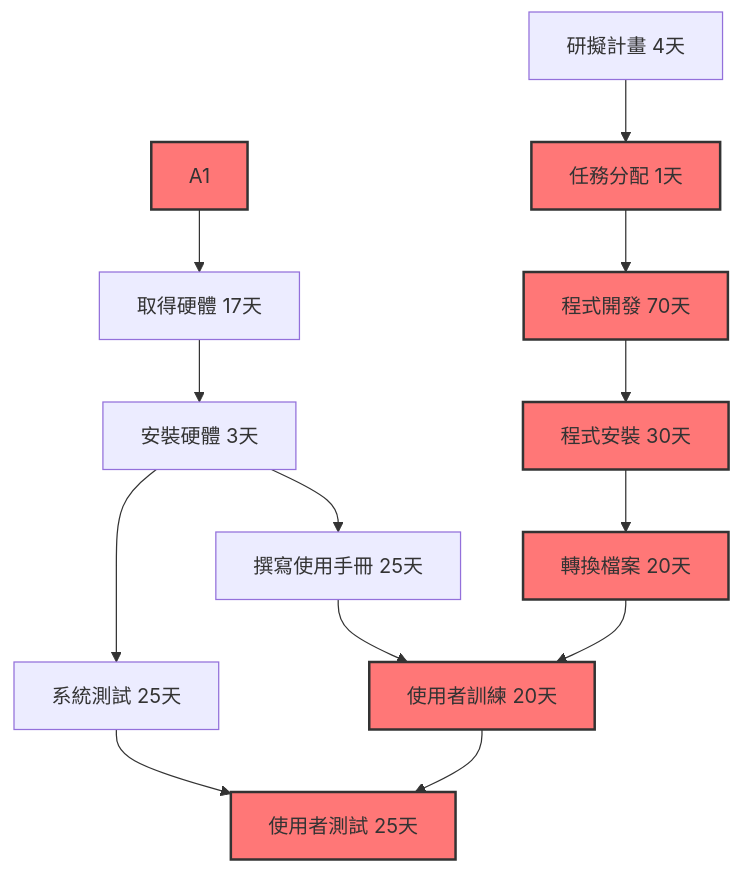
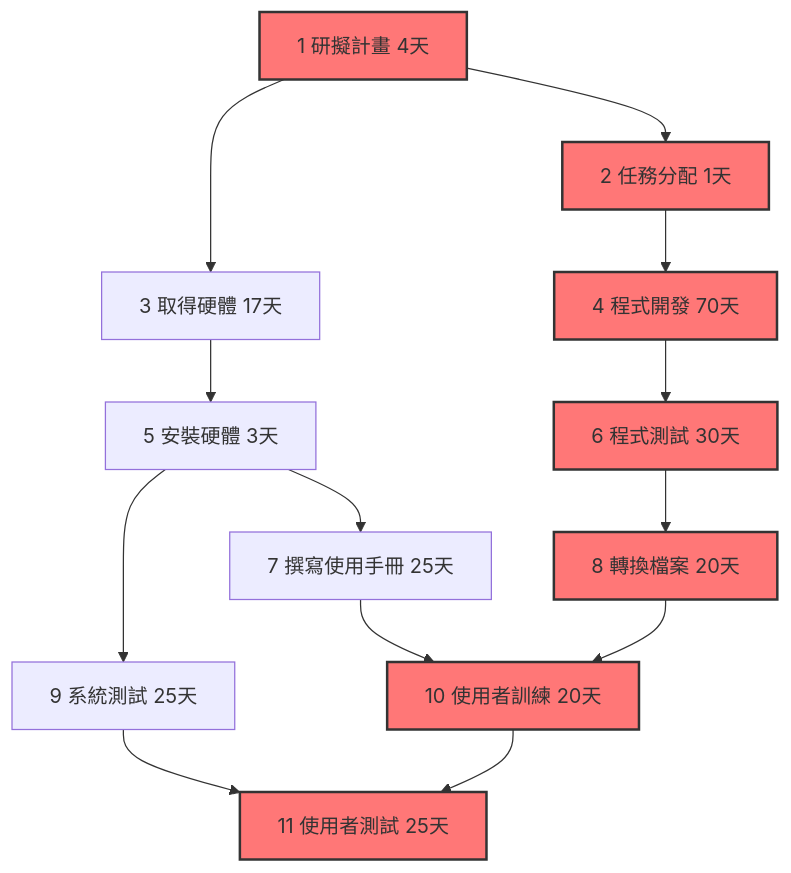
One commit to C112118249/114-b changed the first of 2 diagrams in hw2.md. Above: the diagram before and after it, drawn with Mermaid. The commit also changed other lines of this file, not shown here.

````diff
--- a/hw2.md
+++ b/hw2.md
@@ -4,19 +4,20 @@
 ```mermaid
 graph TD
-A[研擬計畫 4天] --> A2[任務分配 1天]
-A1 --> A3[取得硬體 17天]
-A2 --> A4[程式開發 70天]
-A3 --> A5[安裝硬體 3天]
-A4 --> A6[程式安裝 30天]
-A5 --> A7[撰寫使用手冊 25天]
-A6 --> A8[轉換檔案 20天]
-A5 --> A9[系統測試 25天]
-A7 --> A10[使用者訓練 20天]
-A8 --> A10
-A9 --> A11[使用者測試 25天]
-A10 --> A11
+    A1[1 研擬計畫 4天] --> A2[2 任務分配 1天]
+    A1 --> A3[3 取得硬體 17天]
+    A2 --> A4[4 程式開發 70天]
+    A3 --> A5[5 安裝硬體 3天]
+    A4 --> A6[6 程式測試 30天]
+    A5 --> A7[7 撰寫使用手冊 25天]
+    A6 --> A8[8 轉換檔案 20天]
+    A5 --> A9[9 系統測試 25天]
+    A7 --> A10[10 使用者訓練 20天]
+    A8 --> A10
+    A9 --> A11[11 使用者測試 25天]
+    A10 --> A11
 
-classDef critical fill:#f77,stroke:#333,stroke-width:2px;
-class A1,A2,A4,A6,A8,A10,A11 critical;
+    classDef critical fill:#f77,stroke:#333,stroke-width:2px;
+    class A1,A2,A4,A6,A8,A10,A11 critical;
+
 
 ``` 
````
